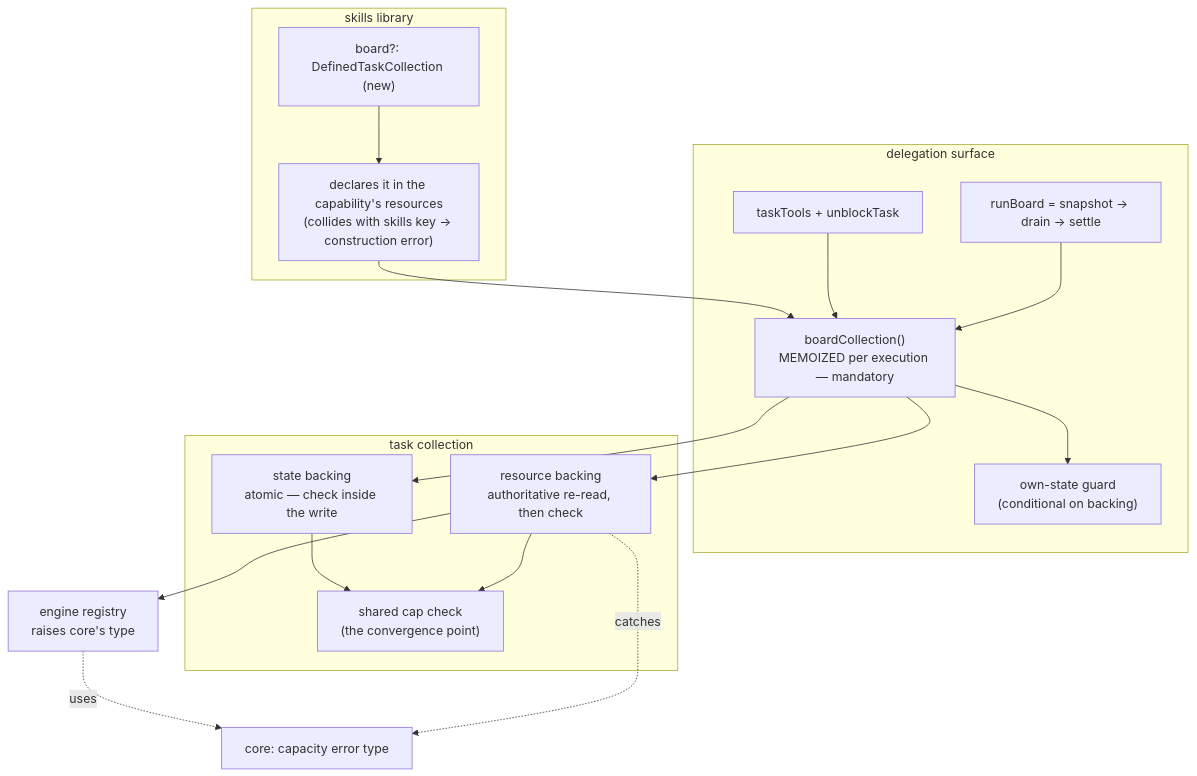
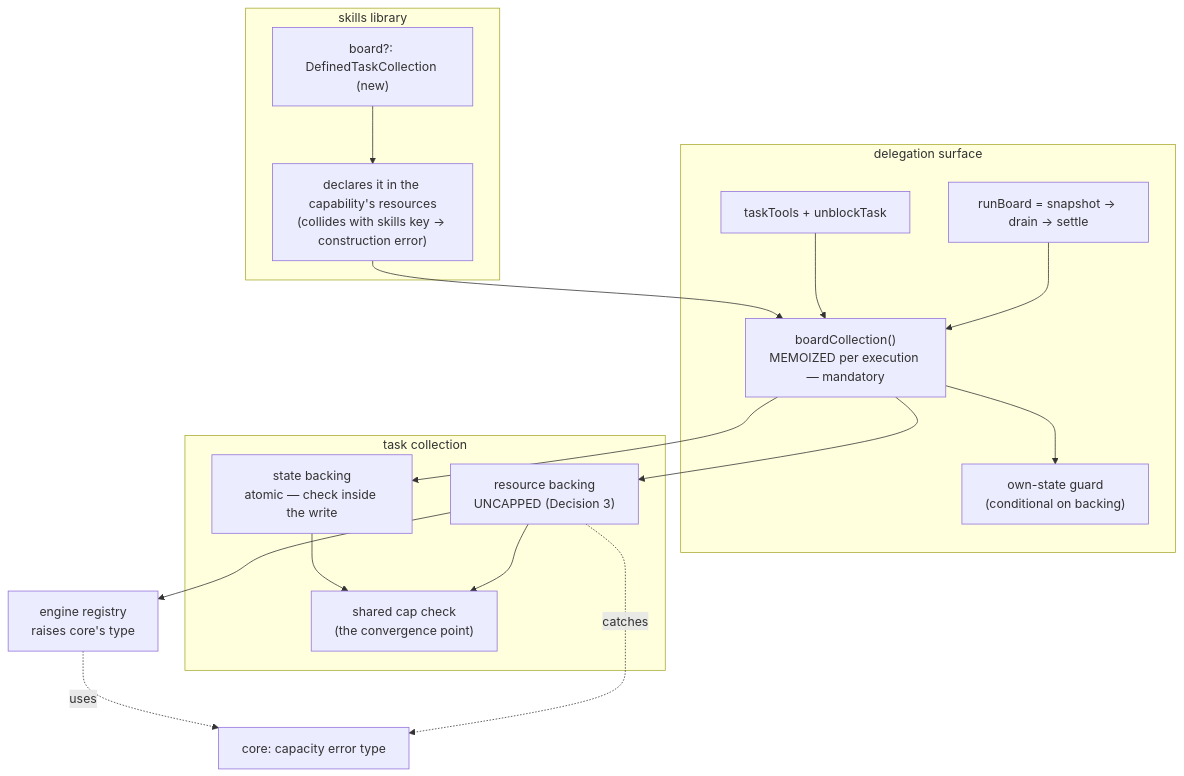
Before and after one commit to fixpoint-labs/flow-state-dev: the diagram in docs/specs/FIX-957.md, drawn with Mermaid. The commit also changed other lines of this file, not shown here.

````diff
--- a/docs/specs/FIX-957.md
+++ b/docs/specs/FIX-957.md
@@ -204,35 +196,35 @@
 ```mermaid
 flowchart TB
   subgraph lib["skills library"]
     OPT["board?: DefinedTaskCollection (new)"]
     RES["declares it in the capability's resources<br/>(collides with skills key → construction error)"]
   end
 
   subgraph surf["delegation surface"]
     BC["boardCollection()<br/>MEMOIZED per execution — mandatory"]
     GUARD["own-state guard<br/>(conditional on backing)"]
     TOOLS["taskTools + unblockTask"]
     RB["runBoard = snapshot → drain → settle"]
   end
 
   subgraph coll["task collection"]
     CAPS["shared cap check<br/>(the convergence point)"]
     STATE["state backing<br/>atomic — check inside the write"]
-    RESB["resource backing<br/>authoritative re-read, then check"]
+    RESB["resource backing<br/>UNCAPPED (Decision 3)"]
   end
 
   CORE["core: capacity error type"]
   REG["engine registry<br/>raises core's type"]
 
   OPT --> RES --> BC
   BC --> GUARD
   BC --> STATE
   BC --> RESB
   TOOLS --> BC
   RB --> BC
   STATE --> CAPS
   RESB --> CAPS
   RESB --> REG
   REG -.uses.-> CORE
   RESB -.catches.-> CORE
 ```
````
